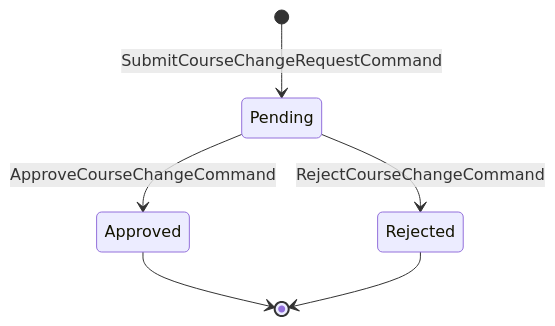
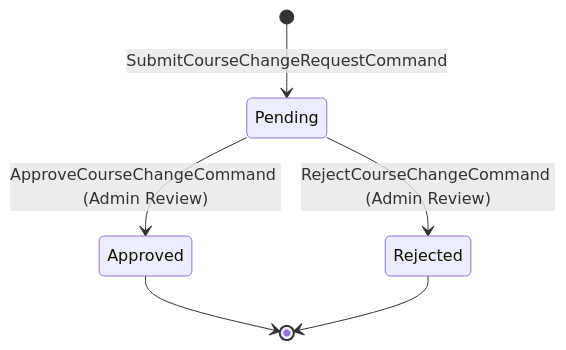
One commit to DesanSilva/university-course-enrolment-system changed the third of 4 diagrams in docs/uml_state_diagram.md. Above: the diagram before and after it, drawn with Mermaid. The commit also changed other lines of this file and 2 other files, not shown here.

Commit message:
UML diagram completed

````diff
--- a/docs/uml_state_diagram.md
+++ b/docs/uml_state_diagram.md
@@ -26,10 +41,8 @@
 ```mermaid
 stateDiagram-v2
     [*] --> Pending : SubmitCourseChangeRequestCommand
-    
-    Pending --> Approved : ApproveCourseChangeCommand
-    Pending --> Rejected : RejectCourseChangeCommand
-    
+    Pending --> Approved : ApproveCourseChangeCommand (Admin Review)
+    Pending --> Rejected : RejectCourseChangeCommand (Admin Review)
     Approved --> [*]
     Rejected --> [*]
 ```
````
